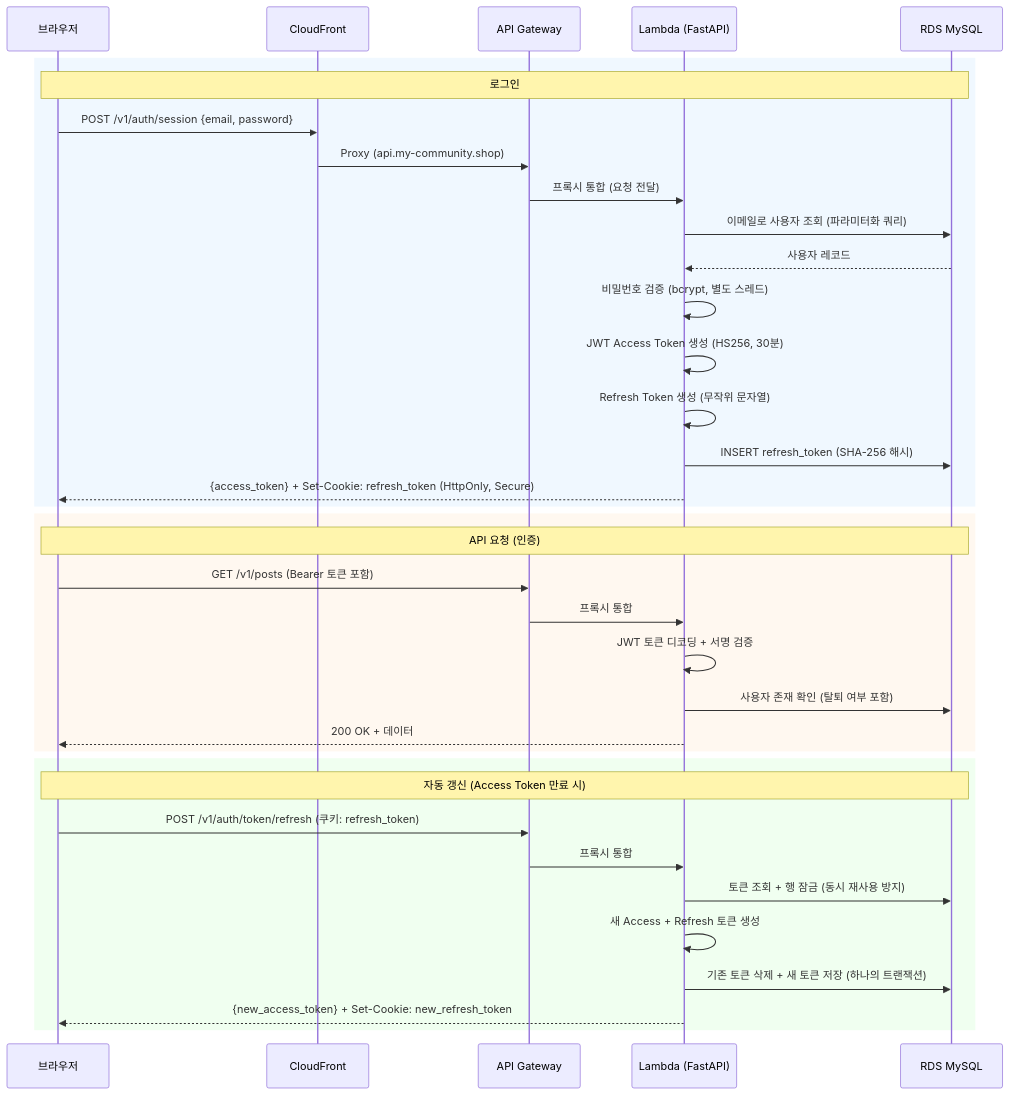
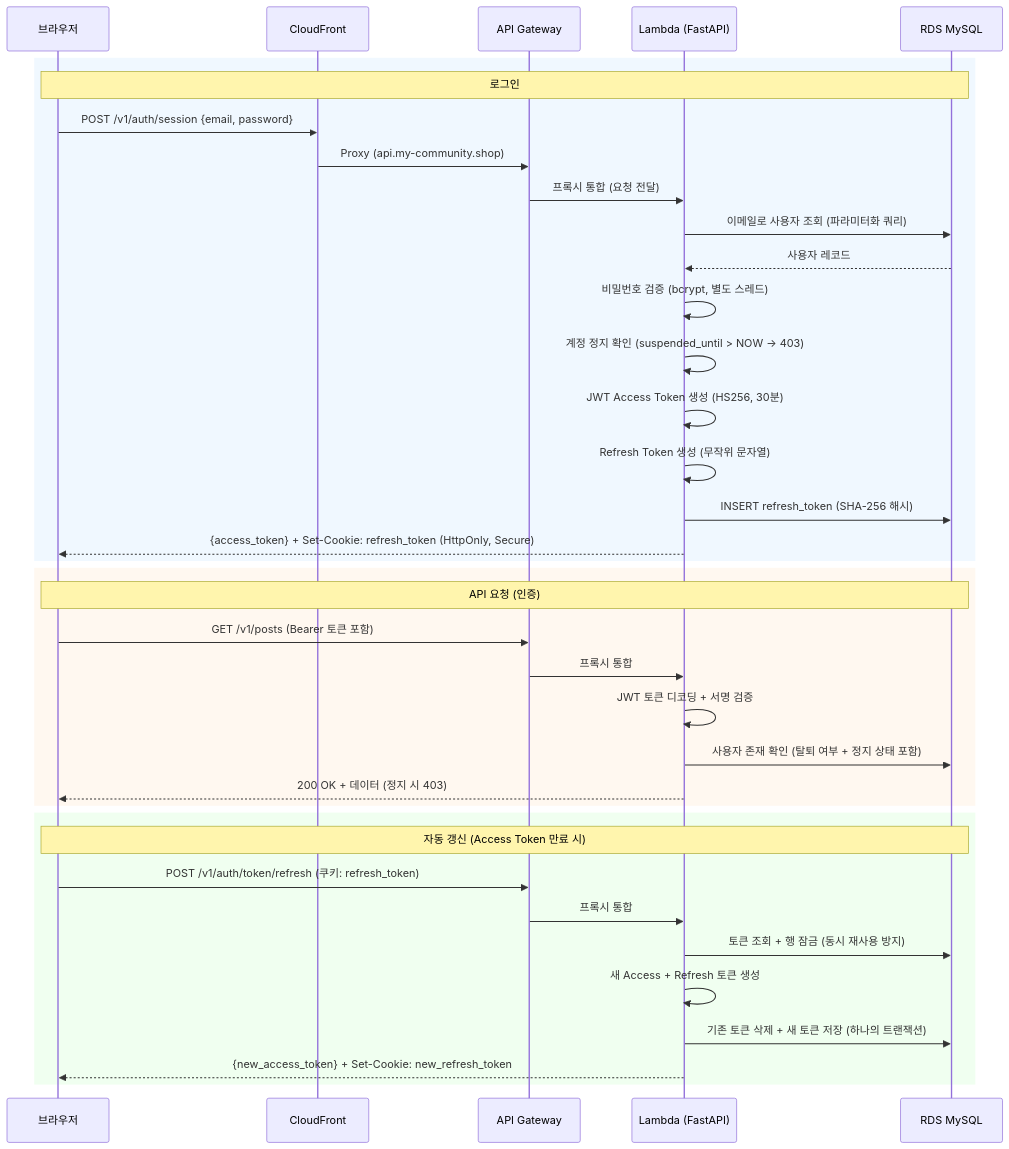
One commit to 80-hours-a-week/2-cho-community-be changed the sixth of 18 diagrams in report.md. Above: the diagram before and after it, drawn with Mermaid. The commit also changed other lines of this file and 5 other files, not shown here.

````diff
--- a/report.md
+++ b/report.md
@@ -314,41 +315,42 @@
 ```mermaid
 sequenceDiagram
     participant Client as 브라우저
     participant CF as CloudFront
     participant APIGW as API Gateway
     participant Lambda as Lambda (FastAPI)
     participant RDS as RDS MySQL
 
     rect rgb(240, 248, 255)
         Note over Client,RDS: 로그인
         Client->>CF: POST /v1/auth/session {email, password}
         CF->>APIGW: Proxy (api.my-community.shop)
         APIGW->>Lambda: 프록시 통합 (요청 전달)
         Lambda->>RDS: 이메일로 사용자 조회 (파라미터화 쿼리)
         RDS-->>Lambda: 사용자 레코드
         Lambda->>Lambda: 비밀번호 검증 (bcrypt, 별도 스레드)
+        Lambda->>Lambda: 계정 정지 확인 (suspended_until > NOW → 403)
         Lambda->>Lambda: JWT Access Token 생성 (HS256, 30분)
         Lambda->>Lambda: Refresh Token 생성 (무작위 문자열)
         Lambda->>RDS: INSERT refresh_token (SHA-256 해시)
         Lambda-->>Client: {access_token} + Set-Cookie: refresh_token (HttpOnly, Secure)
     end
 
     rect rgb(255, 248, 240)
         Note over Client,RDS: API 요청 (인증)
         Client->>APIGW: GET /v1/posts (Bearer 토큰 포함)
         APIGW->>Lambda: 프록시 통합
         Lambda->>Lambda: JWT 토큰 디코딩 + 서명 검증
-        Lambda->>RDS: 사용자 존재 확인 (탈퇴 여부 포함)
-        Lambda-->>Client: 200 OK + 데이터
+        Lambda->>RDS: 사용자 존재 확인 (탈퇴 여부 + 정지 상태 포함)
+        Lambda-->>Client: 200 OK + 데이터 (정지 시 403)
     end
 
     rect rgb(240, 255, 240)
         Note over Client,RDS: 자동 갱신 (Access Token 만료 시)
         Client->>APIGW: POST /v1/auth/token/refresh (쿠키: refresh_token)
         APIGW->>Lambda: 프록시 통합
         Lambda->>RDS: 토큰 조회 + 행 잠금 (동시 재사용 방지)
         Lambda->>Lambda: 새 Access + Refresh 토큰 생성
         Lambda->>RDS: 기존 토큰 삭제 + 새 토큰 저장 (하나의 트랜잭션)
         Lambda-->>Client: {new_access_token} + Set-Cookie: new_refresh_token
     end
 ```
````
